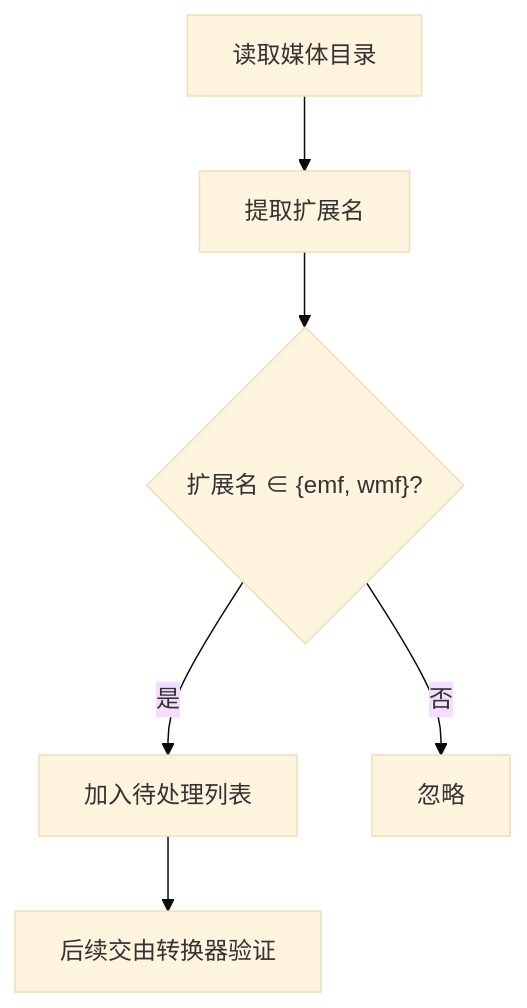
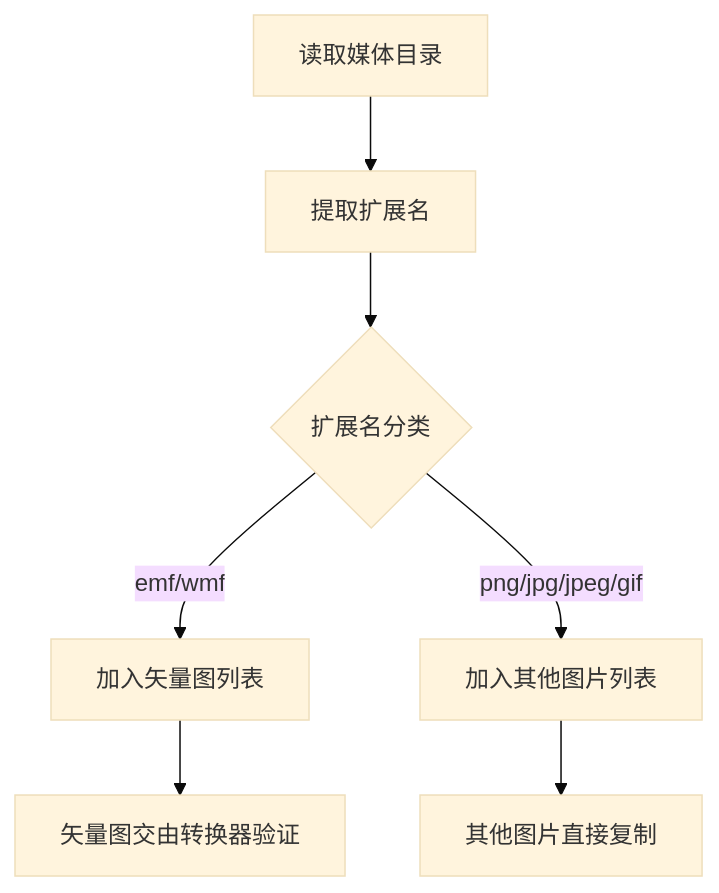
One commit to hllshiro/doc2md-cli changed the fourth of 9 diagrams in .qoder/repowiki/zh/content/转换模块详解/矢量图处理模块.md. Above: the diagram before and after it, drawn with Mermaid (base theme). The commit also changed other lines of this file and 6 other files, not shown here.

First line of the commit message:
feat(media): 扩展媒体处理支持多格式及AI图片识别

````diff
--- a/.qoder/repowiki/zh/content/转换模块详解/矢量图处理模块.md
+++ b/.qoder/repowiki/zh/content/转换模块详解/矢量图处理模块.md
@@ -197,8 +231,9 @@
 ```mermaid
 flowchart TD
 A["读取媒体目录"] --> B["提取扩展名"]
-B --> C{"扩展名 ∈ {emf, wmf}?"}
-C --> |是| D["加入待处理列表"]
-C --> |否| E["忽略"]
-D --> F["后续交由转换器验证"]
+B --> C{"扩展名分类"}
+C --> |emf/wmf| D["加入矢量图列表"]
+C --> |png/jpg/jpeg/gif| E["加入其他图片列表"]
+D --> F["矢量图交由转换器验证"]
+E --> G["其他图片直接复制"]
 ```
````
